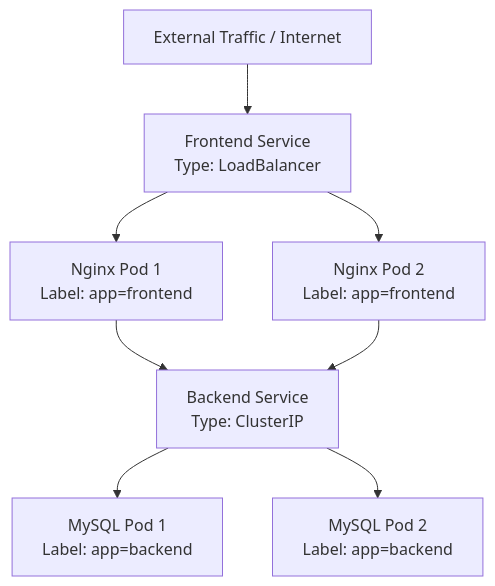
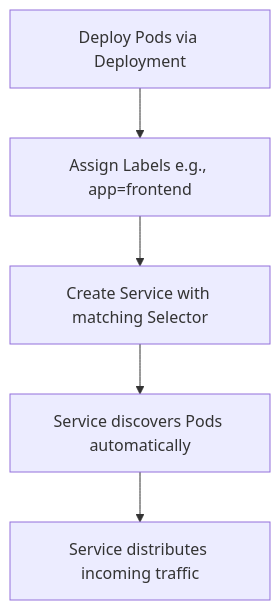
The first of 2 diagrams in sections/01-kubernetes-basics/10_Services.md (nirajp82/KubernetesWithAmazon_EKS_Fargate_DevOps), drawn with Mermaid before and after one commit. The commit also changed other lines of this file, not shown here.

````diff
--- a/sections/01-kubernetes-basics/10_Services.md
+++ b/sections/01-kubernetes-basics/10_Services.md
@@ -31,11 +32,8 @@
 ```mermaid
 flowchart TD
-    A[External Traffic / Internet] --> B[Frontend Service \n Type: LoadBalancer]
-    B --> C[Nginx Pod 1 \n Label: app=frontend]
-    B --> D[Nginx Pod 2 \n Label: app=frontend]
-    C --> E[Backend Service \n Type: ClusterIP]
-    D --> E
-    E --> F[MySQL Pod 1 \n Label: app=backend]
-    E --> G[MySQL Pod 2 \n Label: app=backend]
+    A[Deploy Pods via Deployment] --> B[Assign Labels e.g., app=frontend]
+    B --> C[Create Service with matching Selector]
+    C --> D[Service discovers Pods automatically]
+    D --> E[Service distributes incoming traffic]
 
 ```
````
